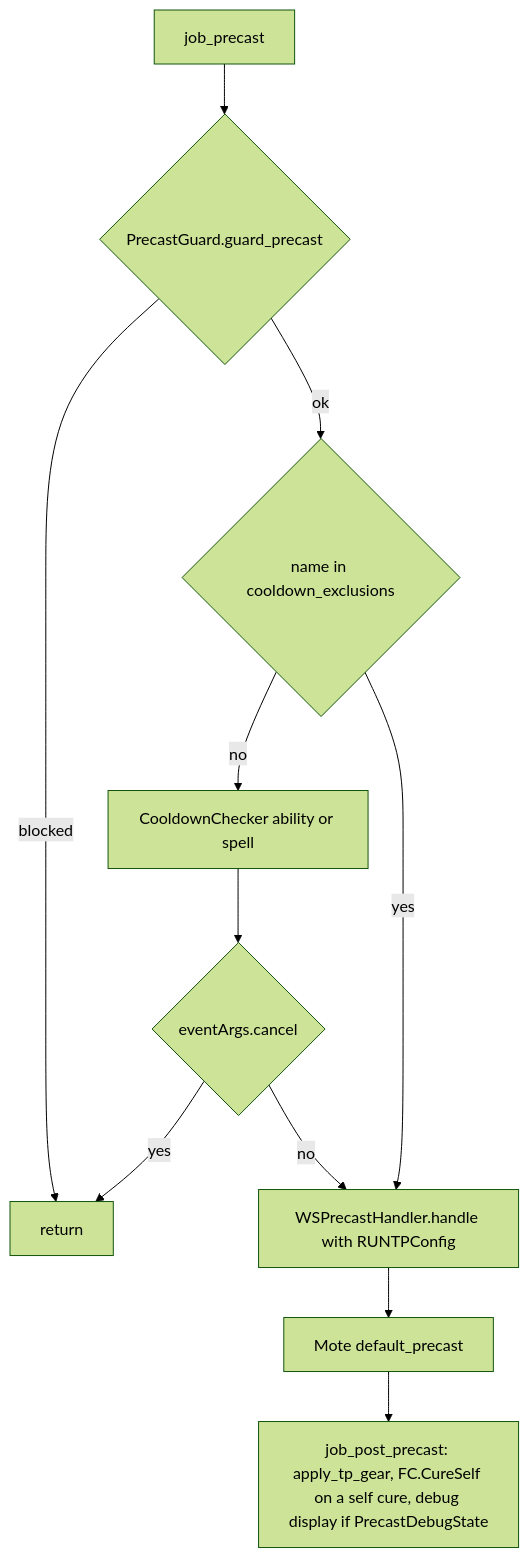
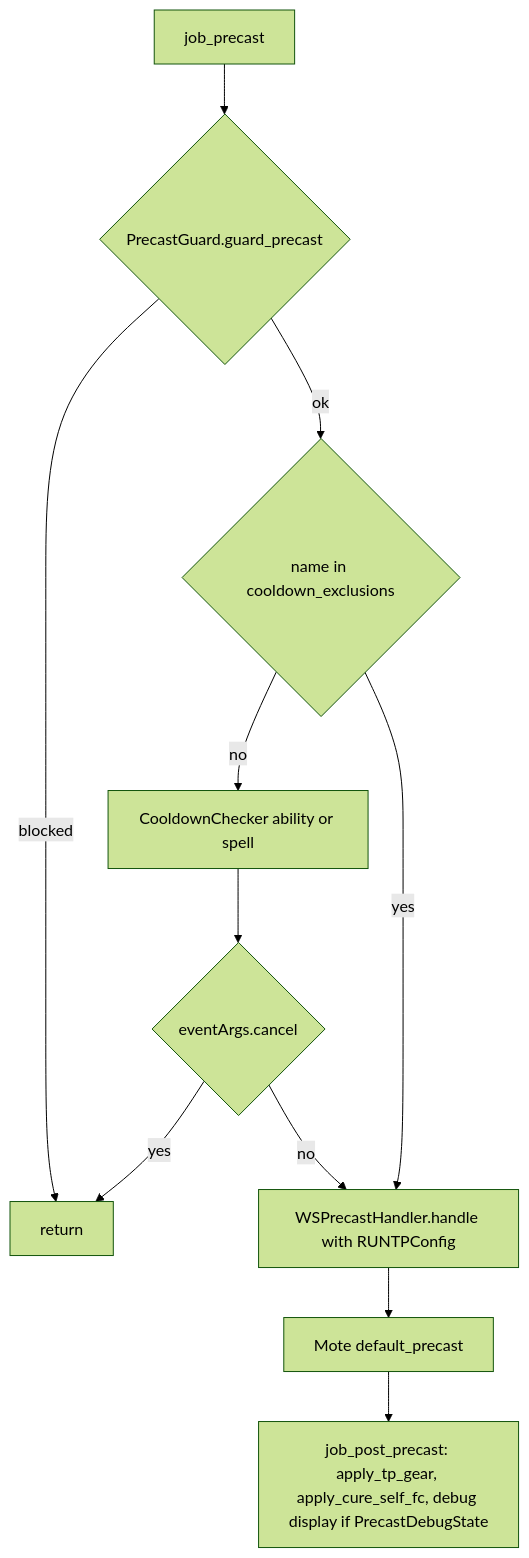
The second of 3 diagrams in docs/dev/jobs/run.md (ejouanchicot/Gearswap), drawn with Mermaid (forest theme) before and after one commit. The commit also changed other lines of this file and 31 other files, not shown here.

````diff
--- a/docs/dev/jobs/run.md
+++ b/docs/dev/jobs/run.md
@@ -122,13 +127,13 @@
 ```mermaid
 flowchart TD
     A[job_precast] --> B{PrecastGuard.guard_precast}
     B -- blocked --> Z[return]
     B -- ok --> C{name in cooldown_exclusions}
     C -- no --> D[CooldownChecker ability or spell]
     D --> E{eventArgs.cancel}
     E -- yes --> Z
     E -- no --> G
     C -- yes --> G[WSPrecastHandler.handle with RUNTPConfig]
     G --> H[Mote default_precast]
-    H --> I[job_post_precast: apply_tp_gear, FC.CureSelf on a self cure, debug display if PrecastDebugState]
+    H --> I[job_post_precast: apply_tp_gear, apply_cure_self_fc, debug display if PrecastDebugState]
 ```
````
